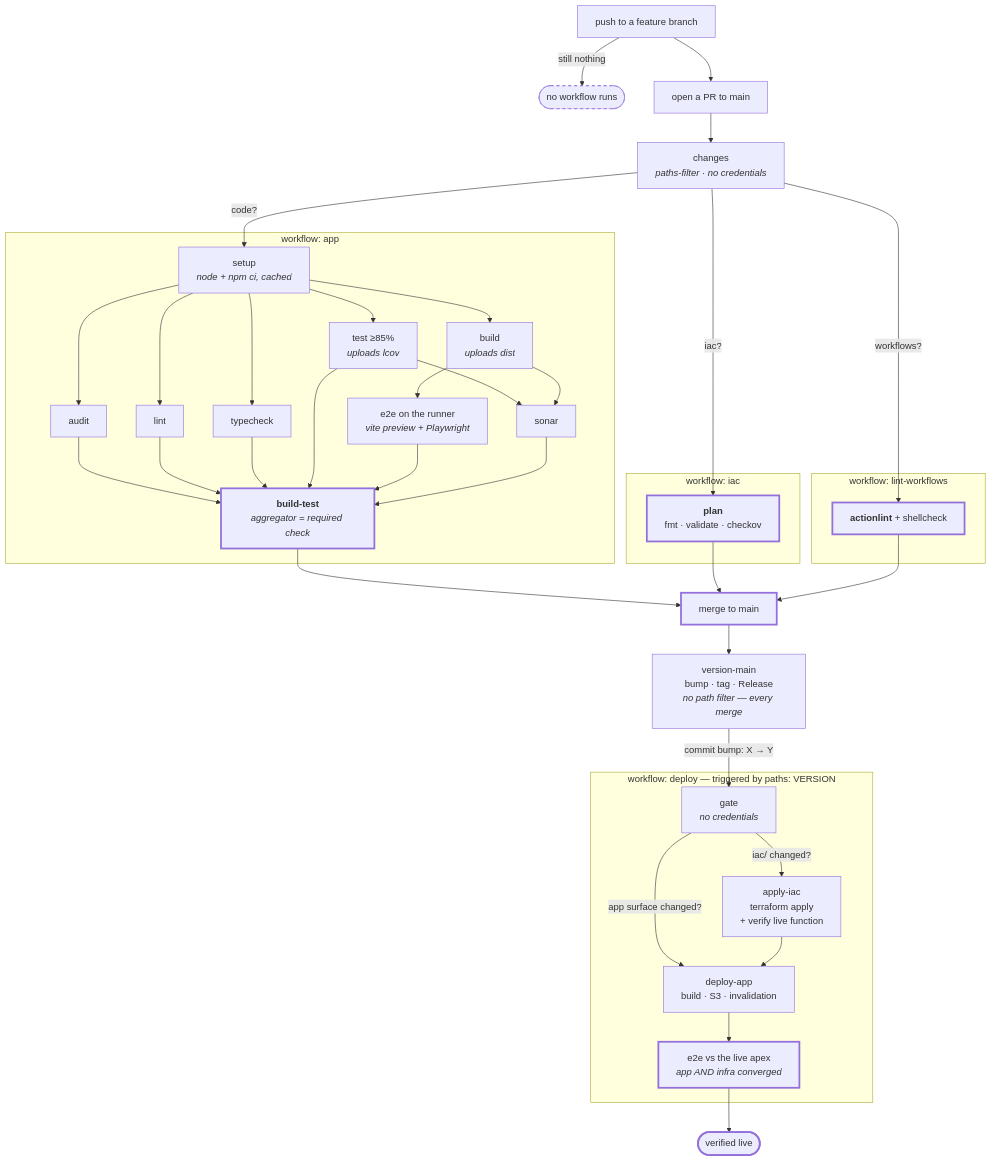
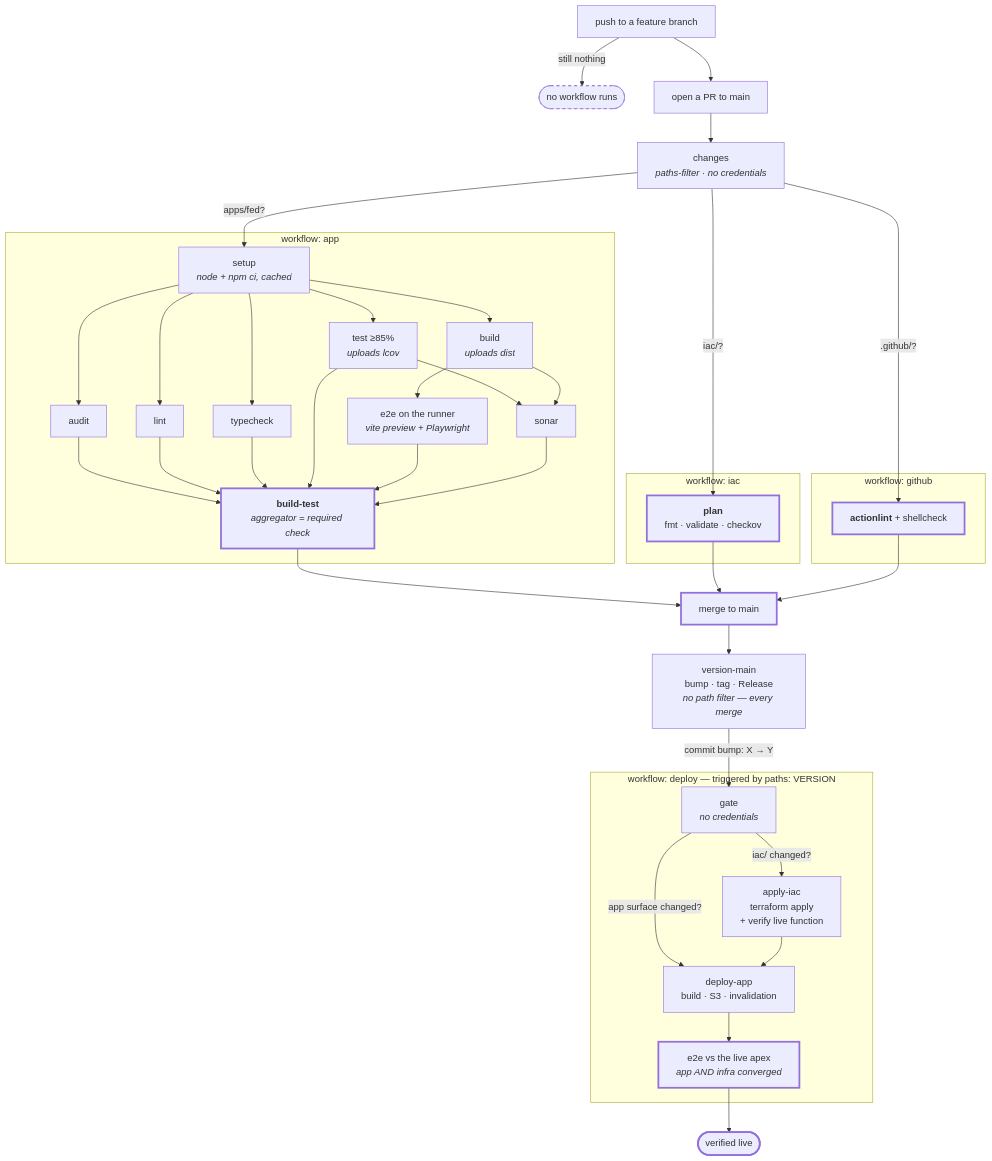
One commit to tedeuxx/tadeumendonca-io changed the first of 5 diagrams in .github/workflows/README.md. Above: the diagram before and after it, drawn with Mermaid. The commit also changed other lines of this file, not shown here.

First line of the commit message:
docs(ci): the three pre-merge workflows are named after the directories they gate

````diff
--- a/.github/workflows/README.md
+++ b/.github/workflows/README.md
@@ -33,62 +41,62 @@
 ```mermaid
 flowchart TD
     A["push to a feature branch"] -->|"still nothing"| A2(["no workflow runs"])
     A --> B["open a PR to main"]
 
     B --> CH["changes<br/><i>paths-filter · no credentials</i>"]
 
     subgraph appwf["workflow: app"]
         IN["setup<br/><i>node + npm ci, cached</i>"]
         IN --> AU["audit"]
         IN --> LI["lint"]
         IN --> TY["typecheck"]
         IN --> TE["test ≥85%<br/><i>uploads lcov</i>"]
         IN --> BU["build<br/><i>uploads dist</i>"]
         BU --> E2["e2e on the runner<br/><i>vite preview + Playwright</i>"]
         TE --> SO["sonar"]
         BU --> SO
         AU --> GATE["<b>build-test</b><br/><i>aggregator = required check</i>"]
         LI --> GATE
         TY --> GATE
         TE --> GATE
         E2 --> GATE
         SO --> GATE
     end
 
     subgraph iacwf["workflow: iac"]
         PL["<b>plan</b><br/>fmt · validate · checkov"]
     end
 
-    subgraph lintwf["workflow: lint-workflows"]
+    subgraph ghwf["workflow: github"]
         AL["<b>actionlint</b> + shellcheck"]
     end
 
-    CH -->|"code?"| IN
-    CH -->|"iac?"| PL
-    CH -->|"workflows?"| AL
+    CH -->|"apps/fed?"| IN
+    CH -->|"iac/?"| PL
+    CH -->|".github/?"| AL
 
     GATE --> M["merge to main"]
     PL --> M
     AL --> M
 
     M --> VM["version-main<br/>bump · tag · Release<br/><i>no path filter — every merge</i>"]
 
     subgraph deploywf["workflow: deploy — triggered by paths: VERSION"]
         DG["gate<br/><i>no credentials</i>"]
         DG -->|"iac/ changed?"| IA["apply-iac<br/>terraform apply<br/>+ verify live function"]
         DG -->|"app surface changed?"| DA["deploy-app<br/>build · S3 · invalidation"]
         IA --> DA
         DA --> SM["e2e vs the live apex<br/><i>app AND infra converged</i>"]
     end
 
     VM -->|"commit bump: X → Y"| DG
     SM --> LIVE(["verified live"])
 
     style A2 stroke-dasharray: 5 5
     style GATE stroke-width:3px
     style PL stroke-width:3px
     style AL stroke-width:3px
     style M stroke-width:3px
     style LIVE stroke-width:3px
     style SM stroke-width:3px
 ```
````
